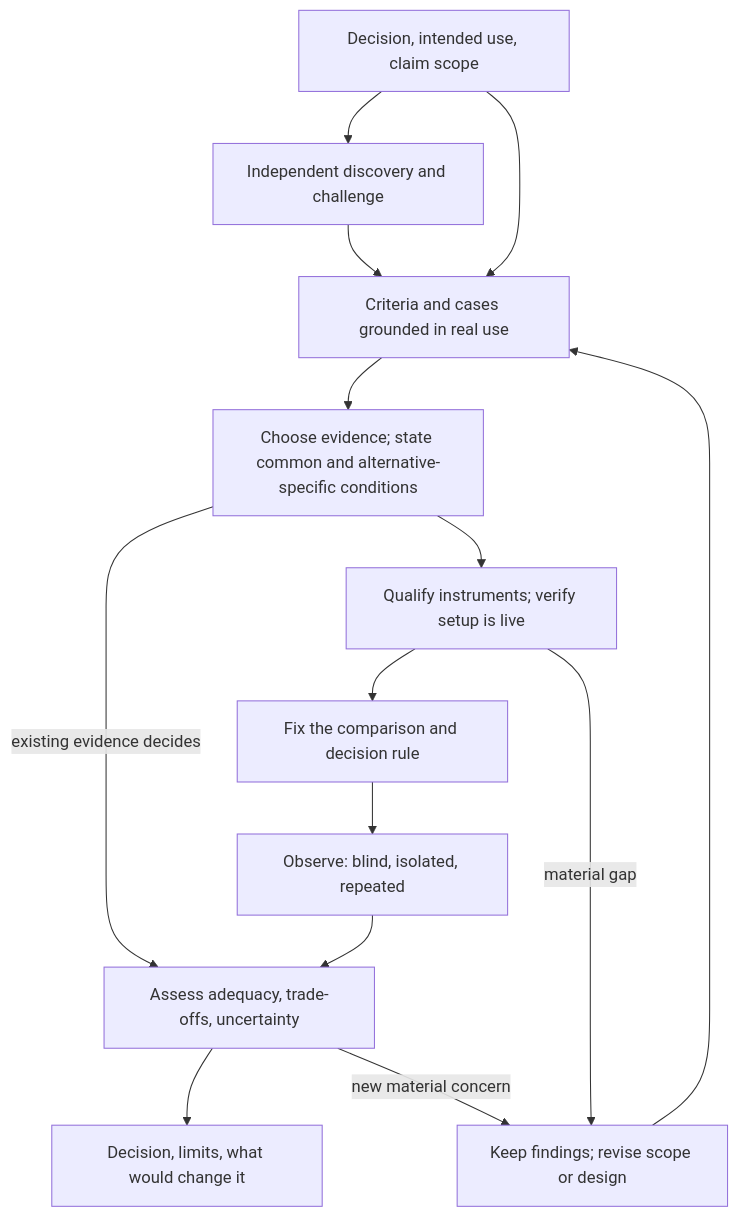
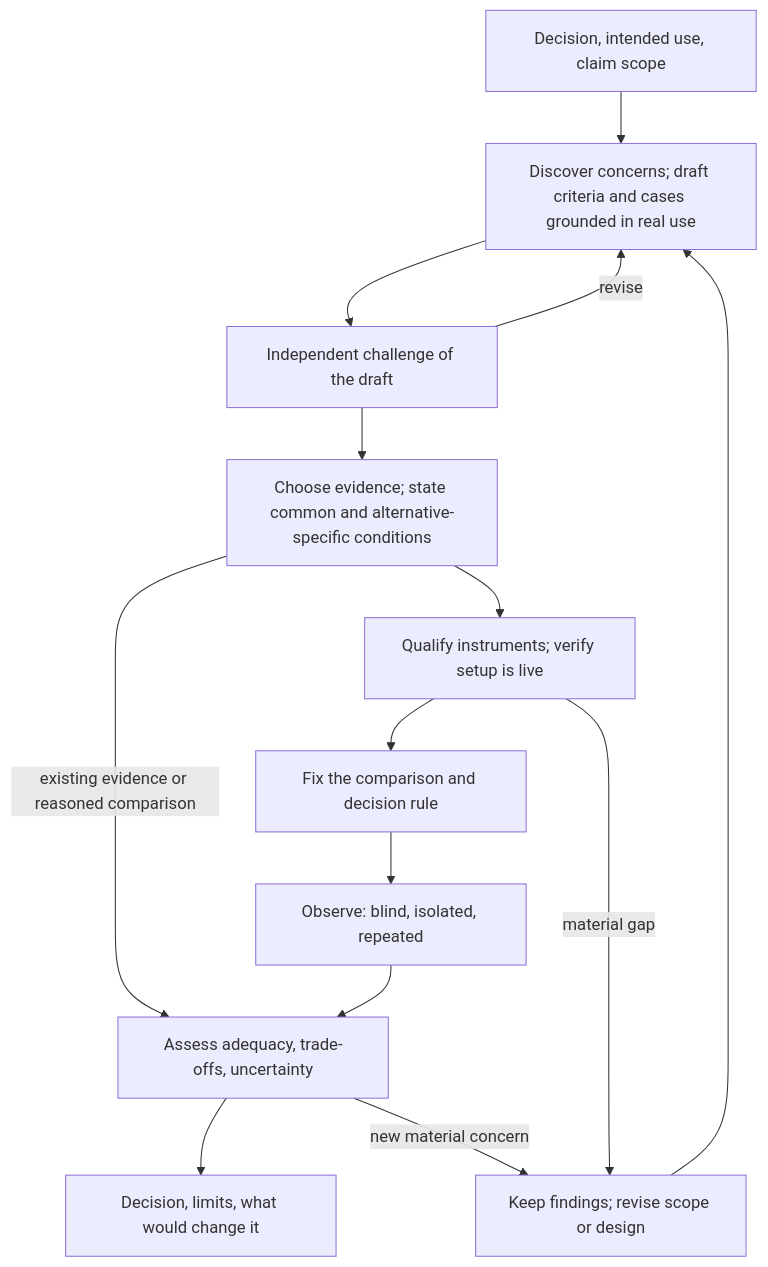
One commit to DevGuyRash/agent-tooling changed the diagram in plugins/agentic-design-and-evaluation/skills/split-testing/SKILL.md. Above: the diagram before and after it, drawn with Mermaid. The commit also changed other lines of this file and 5 other files, not shown here.

````diff
--- a/plugins/agentic-design-and-evaluation/skills/split-testing/SKILL.md
+++ b/plugins/agentic-design-and-evaluation/skills/split-testing/SKILL.md
@@ -17,16 +17,16 @@
 ```mermaid
 flowchart TD
-  D["Decision, intended use, claim scope"] --> I["Independent discovery and challenge"]
-  D --> G["Criteria and cases grounded in real use"]
-  I --> G
-  G --> P["Choose evidence; state common and alternative-specific conditions"]
-  P -- "existing evidence decides" --> A
+  D["Decision, intended use, claim scope"] --> G["Discover concerns; draft criteria and cases grounded in real use"]
+  G --> I["Independent challenge of the draft"]
+  I -- "revise" --> G
+  I --> P["Choose evidence; state common and alternative-specific conditions"]
+  P -- "existing evidence or reasoned comparison" --> A
   P --> Q["Qualify instruments; verify setup is live"]
   Q --> F["Fix the comparison and decision rule"]
   F --> O["Observe: blind, isolated, repeated"]
   O --> A["Assess adequacy, trade-offs, uncertainty"]
   A --> R["Decision, limits, what would change it"]
   Q -- "material gap" --> N["Keep findings; revise scope or design"]
   A -- "new material concern" --> N
   N --> G
 ```
````
